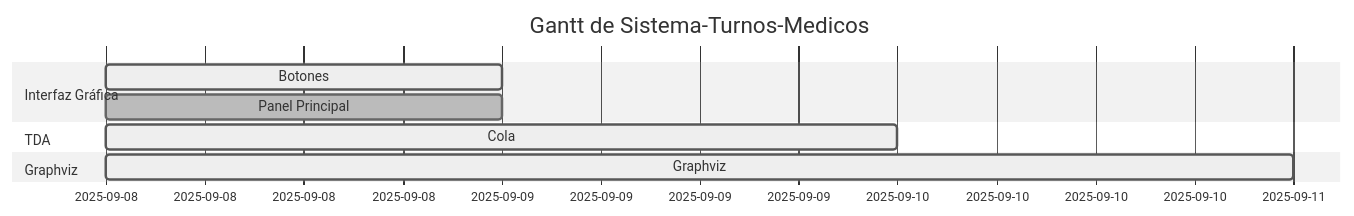
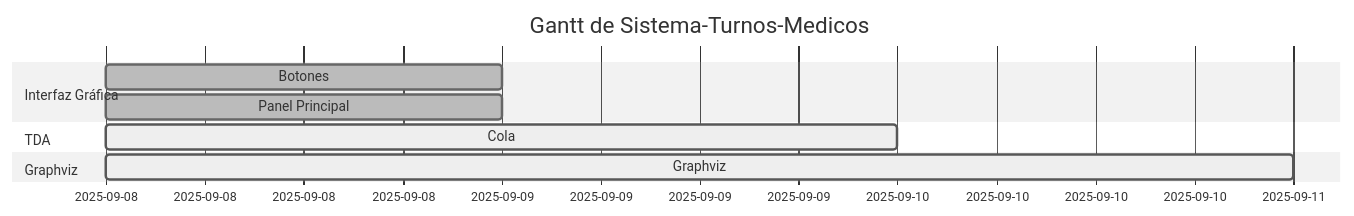
One commit to MynorCifuentes/Sistema-Turnos-Medicos changed the diagram in docs/gantt.md. Above: the diagram before and after it, drawn with Mermaid (neutral theme).

Commit message:
Actualiza diagrama de Gantt automático

````diff
--- a/docs/gantt.md
+++ b/docs/gantt.md
@@ -1,13 +1,13 @@
 ```mermaid
 gantt
     dateFormat  YYYY-MM-DD
     title Gantt de Sistema-Turnos-Medicos
     excludes    weekends
     section Interfaz Gráfica
-    Botones :active, 2, 2025-09-08, 2025-09-09
+    Botones :done, 2, 2025-09-08, 2025-09-09
     Panel Principal :done, 1, 2025-09-08, 2025-09-09
     section TDA
     Cola :active, 3, 2025-09-08, 2025-09-10
     section Graphviz
     Graphviz :active, 4, 2025-09-08, 2025-09-11
 ```
````
